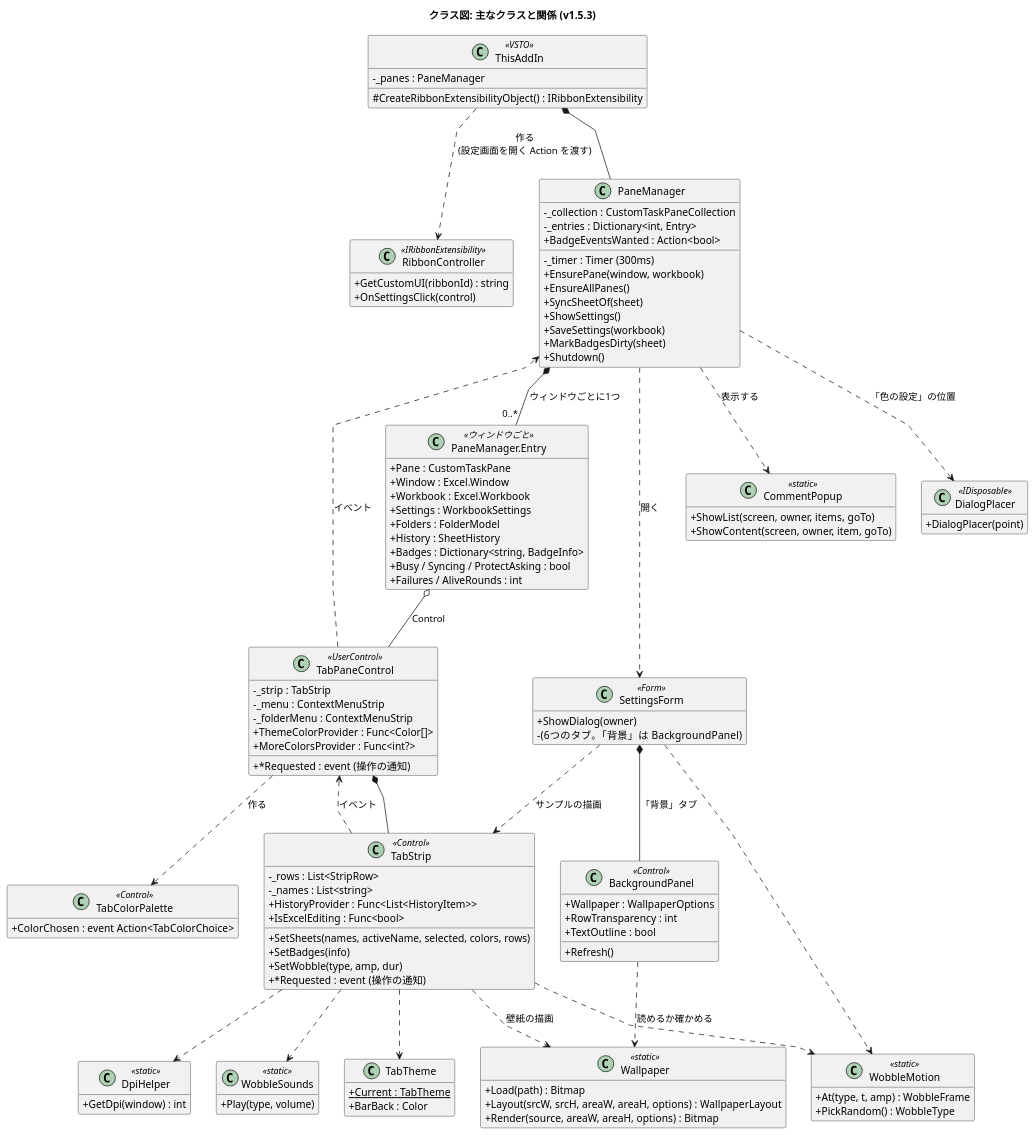
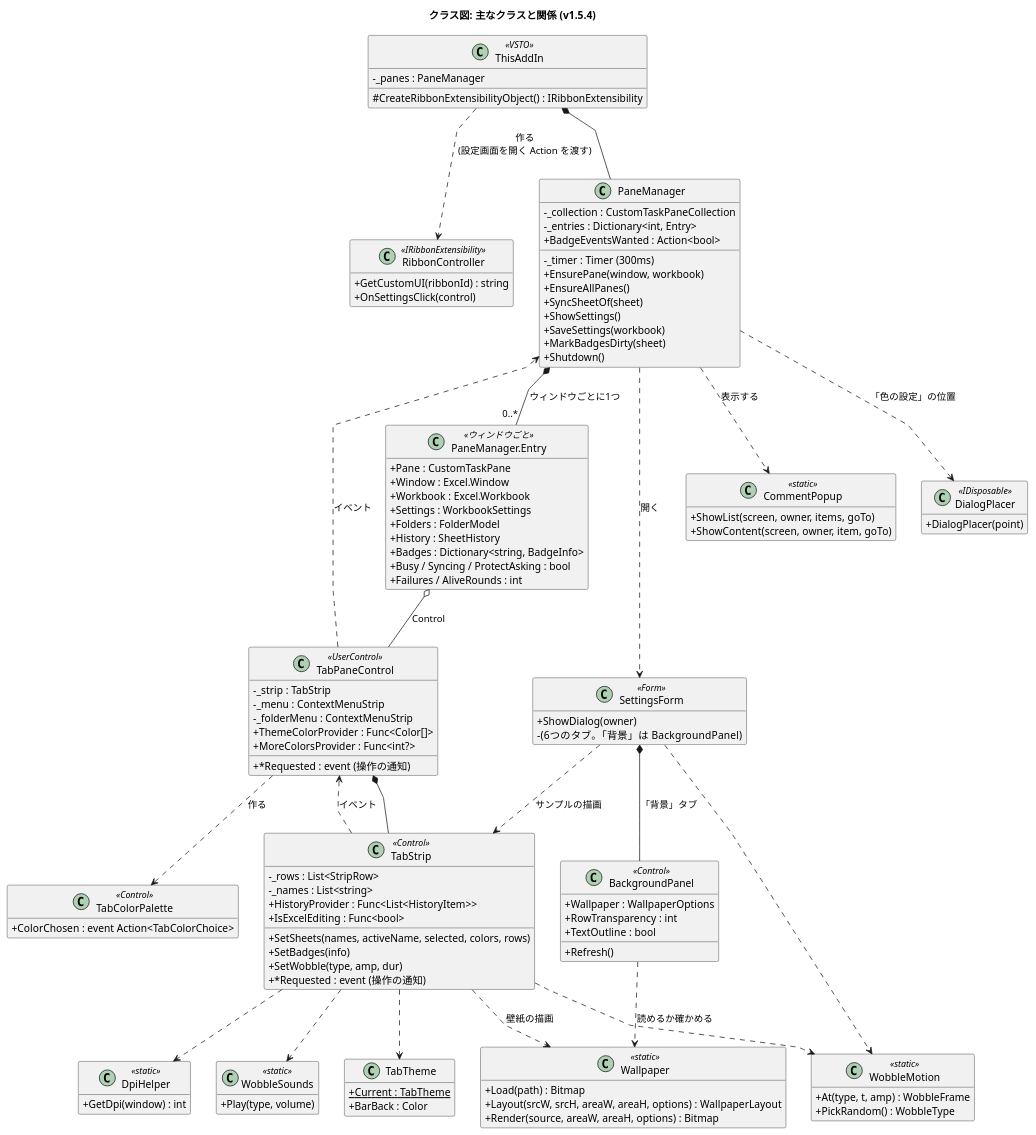
The diagram in docs/class-structure.puml (nk-taka623/VerticalSheetTabs), drawn with PlantUML before and after one commit. The commit also changed 16 other files, not shown here.

```diff
--- a/docs/class-structure.puml
+++ b/docs/class-structure.puml
@@ -1,133 +1,133 @@
 @startuml
-title クラス図: 主なクラスと関係 (v1.5.3)
+title クラス図: 主なクラスと関係 (v1.5.4)
 skinparam shadowing false
 skinparam classAttributeIconSize 0
 skinparam linetype polyline
 hide empty members
 
 class ThisAddIn <<VSTO>> {
   -_panes : PaneManager
   #CreateRibbonExtensibilityObject() : IRibbonExtensibility
 }
 
 class RibbonController <<IRibbonExtensibility>> {
   +GetCustomUI(ribbonId) : string
   +OnSettingsClick(control)
 }
 
 class PaneManager {
   -_collection : CustomTaskPaneCollection
   -_entries : Dictionary<int, Entry>
   -_timer : Timer (300ms)
   +BadgeEventsWanted : Action<bool>
   +EnsurePane(window, workbook)
   +EnsureAllPanes()
   +SyncSheetOf(sheet)
   +ShowSettings()
   +SaveSettings(workbook)
   +MarkBadgesDirty(sheet)
   +Shutdown()
 }
 
 class "PaneManager.Entry" as Entry <<ウィンドウごと>> {
   +Pane : CustomTaskPane
   +Window : Excel.Window
   +Workbook : Excel.Workbook
   +Settings : WorkbookSettings
   +Folders : FolderModel
   +History : SheetHistory
   +Badges : Dictionary<string, BadgeInfo>
   +Busy / Syncing / ProtectAsking : bool
   +Failures / AliveRounds : int
 }
 
 class TabPaneControl <<UserControl>> {
   -_strip : TabStrip
   -_menu : ContextMenuStrip
   -_folderMenu : ContextMenuStrip
   +ThemeColorProvider : Func<Color[]>
   +MoreColorsProvider : Func<int?>
   +*Requested : event (操作の通知)
 }
 
 class TabStrip <<Control>> {
   -_rows : List<StripRow>
   -_names : List<string>
   +SetSheets(names, activeName, selected, colors, rows)
   +SetBadges(info)
   +SetWobble(type, amp, dur)
   +*Requested : event (操作の通知)
   +HistoryProvider : Func<List<HistoryItem>>
   +IsExcelEditing : Func<bool>
 }
 
 class TabColorPalette <<Control>> {
   +ColorChosen : event Action<TabColorChoice>
 }
 
 class SettingsForm <<Form>> {
   +ShowDialog(owner)
   -(6つのタブ。「背景」は BackgroundPanel)
 }
 
 class BackgroundPanel <<Control>> {
   +Wallpaper : WallpaperOptions
   +RowTransparency : int
   +TextOutline : bool
   +Refresh()
 }
 
 class Wallpaper <<static>> {
   +Load(path) : Bitmap
   +Layout(srcW, srcH, areaW, areaH, options) : WallpaperLayout
   +Render(source, areaW, areaH, options) : Bitmap
 }
 
 class CommentPopup <<static>> {
   +ShowList(screen, owner, items, goTo)
   +ShowContent(screen, owner, item, goTo)
 }
 
 class DialogPlacer <<IDisposable>> {
   +DialogPlacer(point)
 }
 
 class TabTheme {
   +Current : TabTheme {static}
   +BarBack : Color
 }
 
 class DpiHelper <<static>> {
   +GetDpi(window) : int
 }
 
 class WobbleMotion <<static>> {
   +At(type, t, amp) : WobbleFrame
   +PickRandom() : WobbleType
 }
 
 class WobbleSounds <<static>> {
   +Play(type, volume)
 }
 
 ThisAddIn *-- PaneManager
 ThisAddIn ..> RibbonController : 作る\n(設定画面を開く Action を渡す)
 PaneManager *-- "0..*" Entry : ウィンドウごとに1つ
 Entry o-- TabPaneControl : Control
 TabPaneControl *-- TabStrip
 TabPaneControl ..> TabColorPalette : 作る
 TabStrip ..> TabPaneControl : イベント
 TabPaneControl ..> PaneManager : イベント
 PaneManager ..> SettingsForm : 開く
 PaneManager ..> CommentPopup : 表示する
 PaneManager ..> DialogPlacer : 「色の設定」の位置
 SettingsForm ..> TabStrip : サンプルの描画
 TabStrip ..> TabTheme
 TabStrip ..> DpiHelper
 TabStrip ..> WobbleMotion
 TabStrip ..> WobbleSounds
 SettingsForm ..> WobbleMotion
 SettingsForm *-- BackgroundPanel : 「背景」タブ
 BackgroundPanel ..> Wallpaper : 読めるか確かめる
 TabStrip ..> Wallpaper : 壁紙の描画
 @enduml
```
